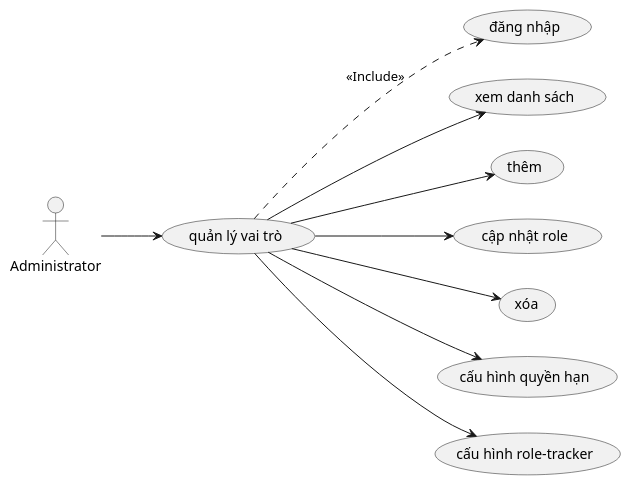
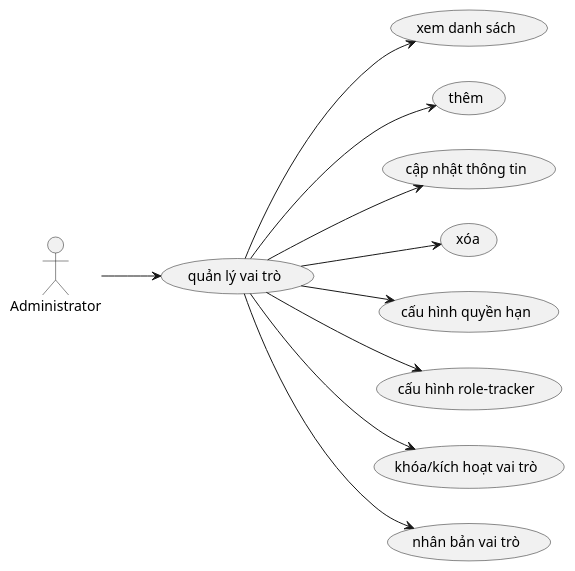
The diagram in docs/use-cases/03_quan_ly_vai_tro_phan_quyen.md (docuong039/worksphere), drawn with PlantUML before and after one commit. The commit also changed other lines of this file and 26 other files, not shown here.

Commit message:
update diagram

````diff
--- a/docs/use-cases/03_quan_ly_vai_tro_phan_quyen.md
+++ b/docs/use-cases/03_quan_ly_vai_tro_phan_quyen.md
@@ -5,29 +5,30 @@
 ```plantuml
 @startuml
 left to right direction
 actor "Administrator" as Admin
 
-usecase "đăng nhập" as UC_Login
 usecase "quản lý vai trò" as UC_ManageRole
 
 ' Các use case con
 usecase "xem danh sách" as UC01
 usecase "thêm" as UC02
-usecase "cập nhật role" as UC03
+usecase "cập nhật thông tin" as UC03
 usecase "xóa" as UC04
 usecase "cấu hình quyền hạn" as UC05
 usecase "cấu hình role-tracker" as UC06
+usecase "khóa/kích hoạt vai trò" as UC07
+usecase "nhân bản vai trò" as UC08
 
 Admin --> UC_ManageRole
 
 UC_ManageRole --> UC01
 UC_ManageRole --> UC02
 UC_ManageRole --> UC03
 UC_ManageRole --> UC04
 UC_ManageRole --> UC05
 UC_ManageRole --> UC06
-
-UC_ManageRole ..> UC_Login : <<Include>>
+UC_ManageRole --> UC07
+UC_ManageRole --> UC08
 
 @enduml
 ```
````
